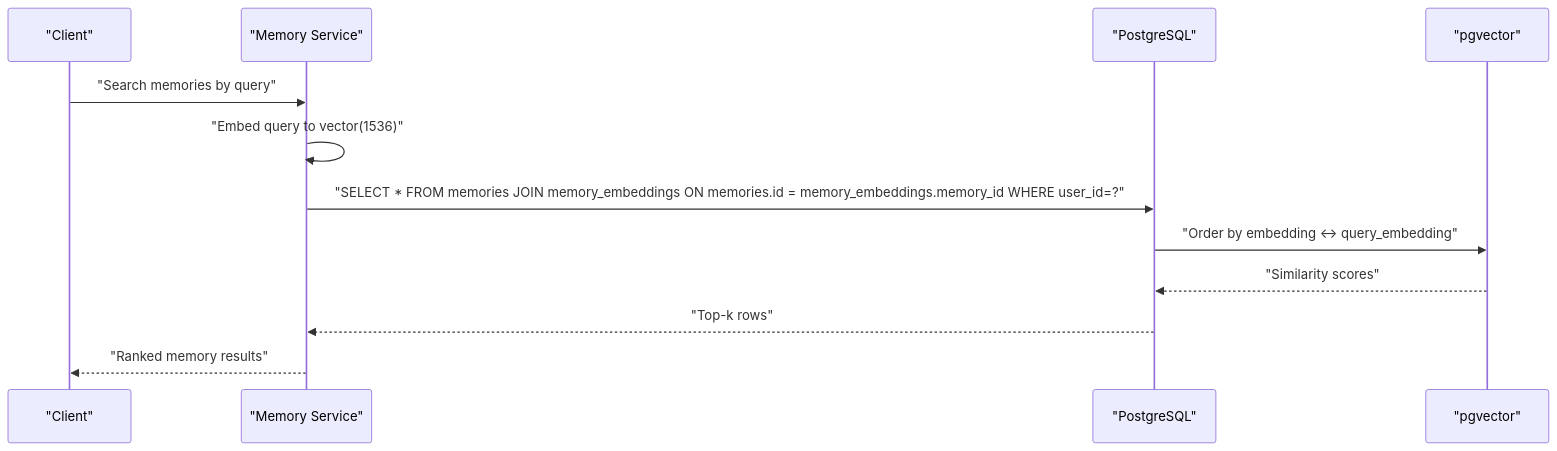
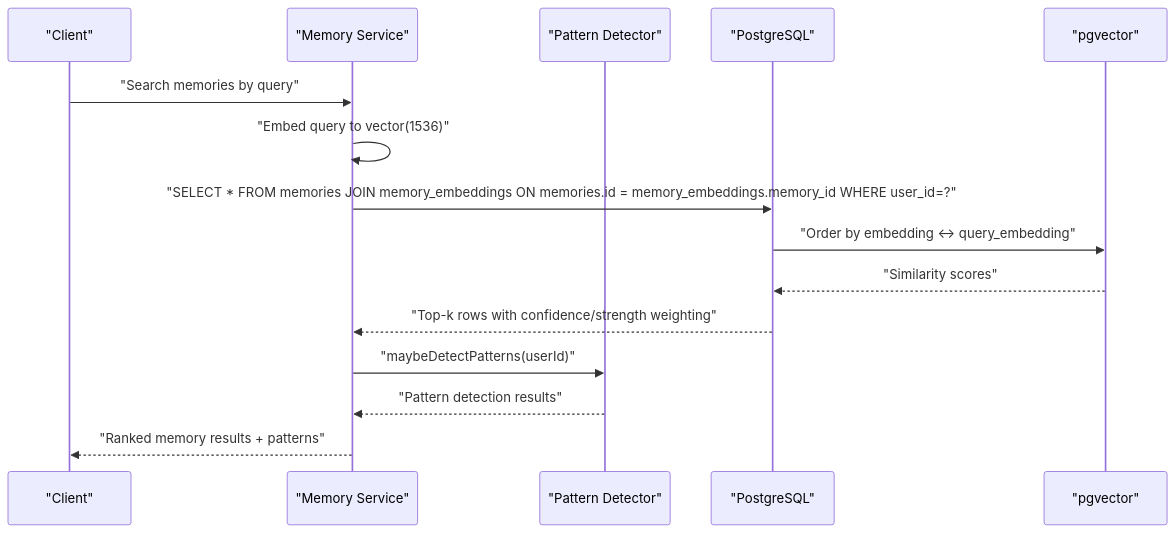
The fifth of 8 diagrams in .qoder/repowiki/en/content/Database Design.md (statgod6/4ever), drawn with Mermaid before and after one commit. The commit also changed other lines of this file and 116 other files, not shown here.

````diff
--- a/.qoder/repowiki/en/content/Database Design.md
+++ b/.qoder/repowiki/en/content/Database Design.md
@@ -546,14 +634,17 @@
 ```mermaid
 sequenceDiagram
 participant Client as "Client"
-participant Service as "Memory Service"
+participant MemoryService as "Memory Service"
+participant PatternDetector as "Pattern Detector"
 participant DB as "PostgreSQL"
 participant Vector as "pgvector"
-Client->>Service : "Search memories by query"
-Service->>Service : "Embed query to vector(1536)"
-Service->>DB : "SELECT * FROM memories JOIN memory_embeddings ON memories.id = memory_embeddings.memory_id WHERE user_id=?"
+Client->>MemoryService : "Search memories by query"
+MemoryService->>MemoryService : "Embed query to vector(1536)"
+MemoryService->>DB : "SELECT * FROM memories JOIN memory_embeddings ON memories.id = memory_embeddings.memory_id WHERE user_id=?"
 DB->>Vector : "Order by embedding <-> query_embedding"
 Vector-->>DB : "Similarity scores"
-DB-->>Service : "Top-k rows"
-Service-->>Client : "Ranked memory results"
+DB-->>MemoryService : "Top-k rows with confidence/strength weighting"
+MemoryService->>PatternDetector : "maybeDetectPatterns(userId)"
+PatternDetector-->>MemoryService : "Pattern detection results"
+MemoryService-->>Client : "Ranked memory results + patterns"
 ```
````
